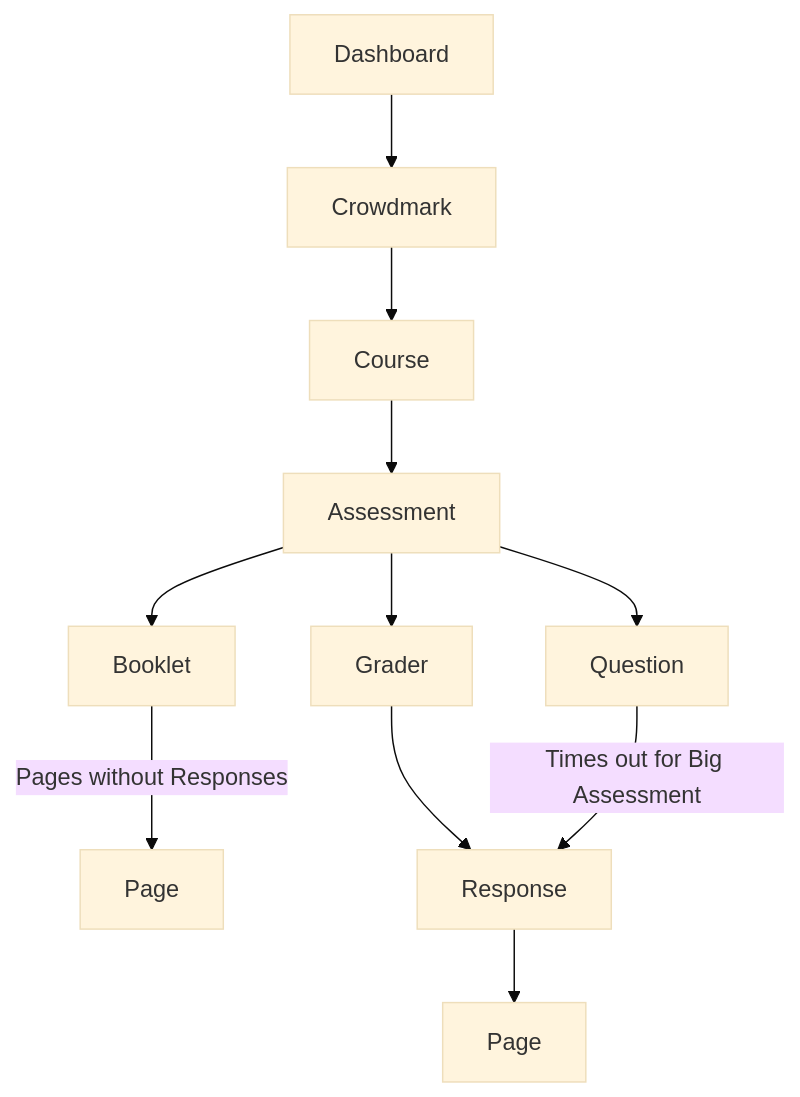
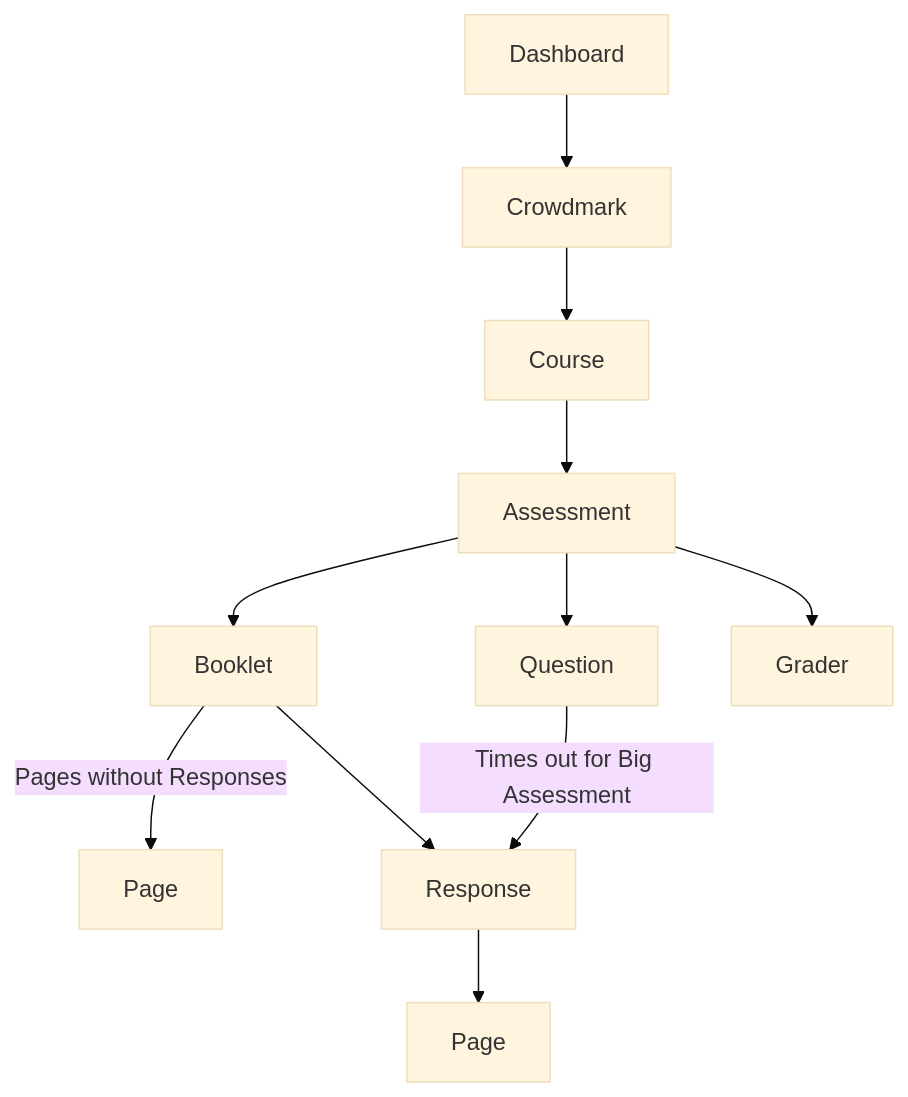
One commit to waterloobae/CrowdmarkDashboard changed the second of 2 diagrams in README.md. Above: the diagram before and after it, drawn with Mermaid (base theme).

````diff
--- a/README.md
+++ b/README.md
@@ -67,21 +67,21 @@
 ```mermaid
 graph TD
     n1["Dashboard"] --> n2["Crowdmark<br>"]
     n2 --> n3["Course"]
     n3 --> n4["Assessment"]
 
     %% Reordering Question, Booklet, and Grader under Assessment
     n4 --> n5["Question"]
     n4 --> n6["Booklet"]
     n4 --> n7["Grader"]
 
     %% Booklet connections
     n6 -- Pages without Responses --> n10["Page"]
-    n7 --> n8["Response"]
+    n6 --> n8["Response"]
 
     %% Response connections
     n8 --> n9["Page"]
 
     %% Question to Response
     n5 -- Times out for Big Assessment --> n8
 ```
````
